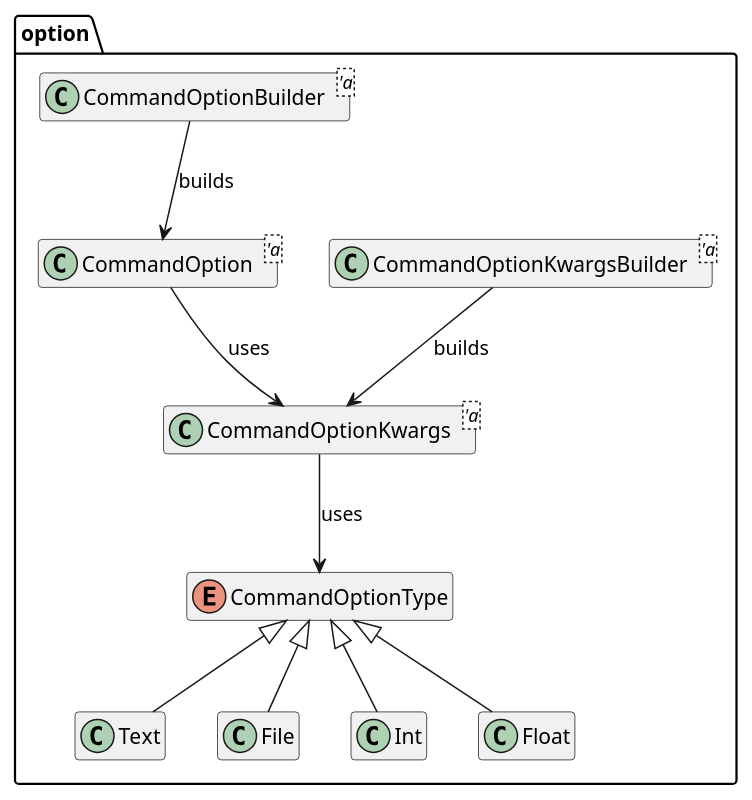
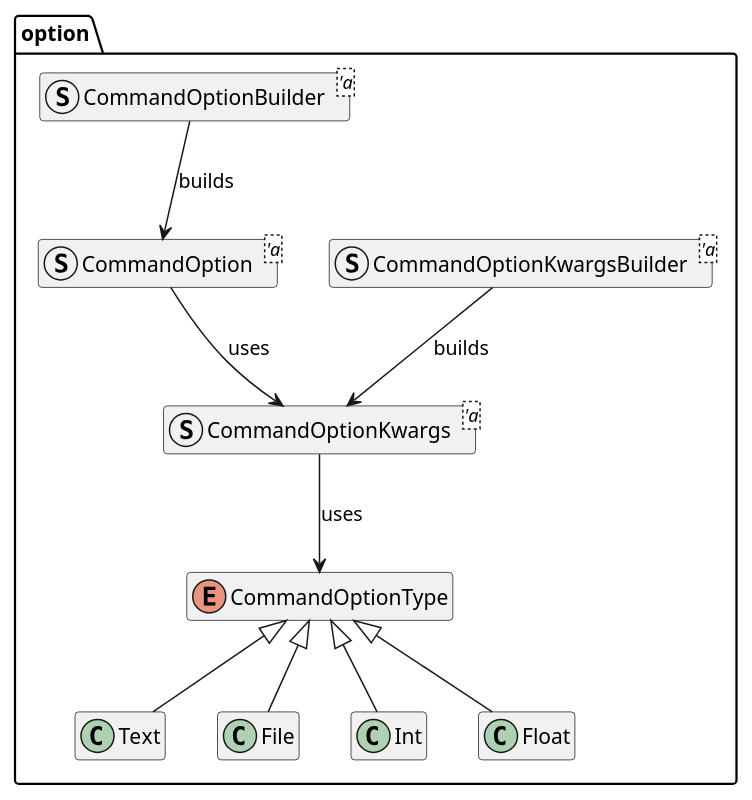
The diagram in docs/uml/option.pu (ayeniswe/statpack), drawn with PlantUML before and after one commit. The commit also changed 72 other files, not shown here.

```diff
--- a/docs/uml/option.pu
+++ b/docs/uml/option.pu
@@ -1,26 +1,26 @@
 @startuml option
 hide fields
 hide methods
 
 package option {
-    class CommandOptionKwargsBuilder<'a> {
+    struct CommandOptionKwargsBuilder<'a> {
     }
-    class CommandOptionKwargs<'a> {
+    struct CommandOptionKwargs<'a> {
     }
-    class CommandOptionBuilder<'a> {
+    struct CommandOptionBuilder<'a> {
     }
-    class CommandOption<'a> {
+    struct CommandOption<'a> {
     }
     enum CommandOptionType {
     }
 
     CommandOptionKwargsBuilder --> CommandOptionKwargs : builds
     CommandOptionBuilder --> CommandOption : builds
     CommandOption --> CommandOptionKwargs : uses
     CommandOptionKwargs --> CommandOptionType : uses
     CommandOptionType <|-- Text
     CommandOptionType <|-- File
     CommandOptionType <|-- Int
     CommandOptionType <|-- Float
 }
 @enduml
```
